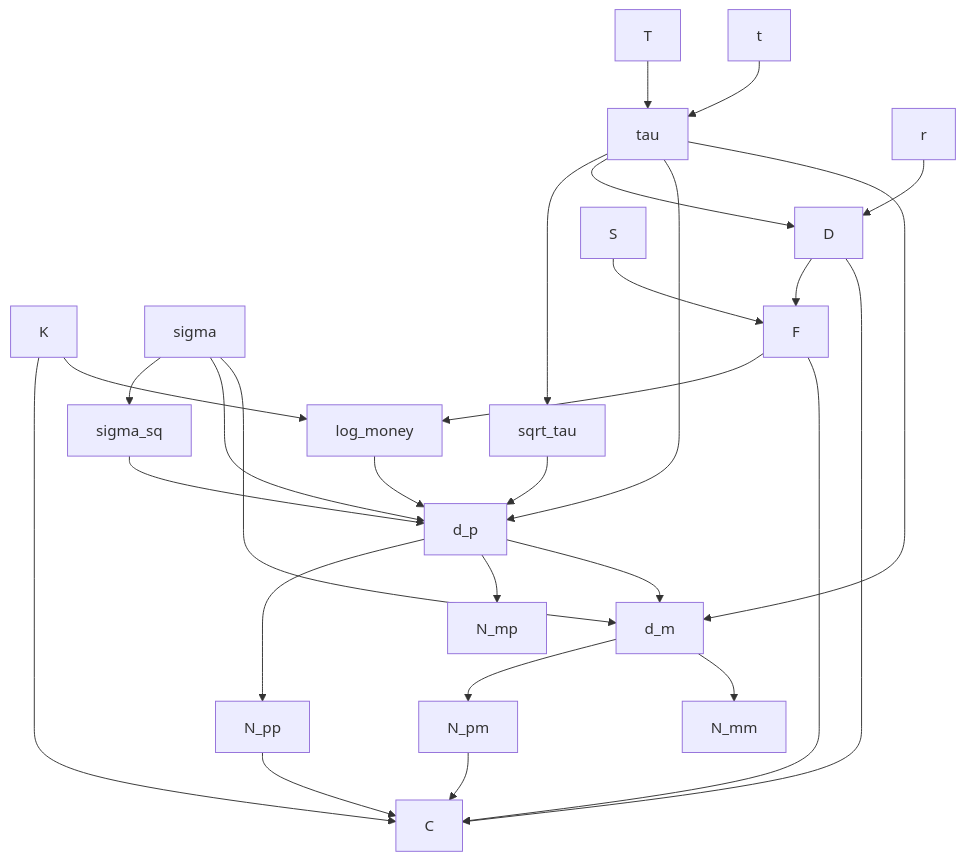
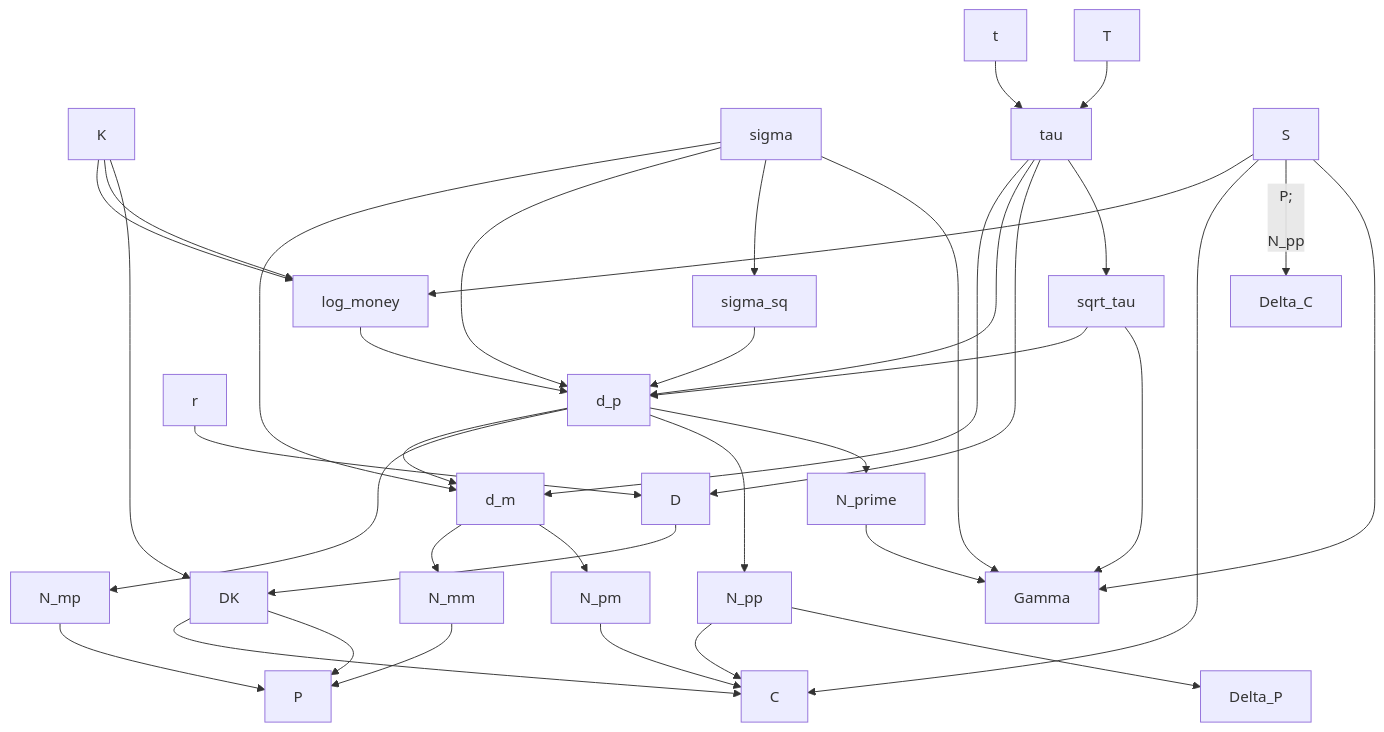
Before and after one commit to bwrob/options-dataframes: the diagram in README.md, drawn with Mermaid. The commit also changed other lines of this file, not shown here.

````diff
--- a/README.md
+++ b/README.md
@@ -202,35 +202,49 @@
 ```mermaid
   graph TD;
     K --> log_money;
     sigma --> d_m;
     sigma --> d_p;
     sigma --> sigma_sq;
     t --> tau;
     T --> tau;
     r --> D;
-    S --> F;
+    S --> log_money;
+    K --> log_money;
 
     tau --> d_m;
     tau --> d_p;
     tau --> D;
     tau --> sqrt_tau;
 
-    D --> C;
-    D --> F;
-    F --> C;
-    F --> log_money;
-    K --> C;
+    D --> DK;
+    K --> DK;
 
     log_money --> d_p;
     sigma_sq --> d_p;
     sqrt_tau --> d_p;
     d_p --> d_m;
 
     d_m --> N_mm;
     d_m --> N_pm;
     d_p --> N_mp;
     d_p --> N_pp;
 
     N_pm --> C;
     N_pp --> C;
+    S --> C;
+    DK --> C;
+
+    N_mm --> P;
+    N_mp --> P;
+    DK --> P;
+    S -- P;
+
+    N_pp --> Delta_C;
+    N_pp --> Delta_P;
+
+    d_p --> N_prime;
+    N_prime --> Gamma;
+    S --> Gamma;
+    sigma --> Gamma;
+    sqrt_tau --> Gamma;
 ```
````
